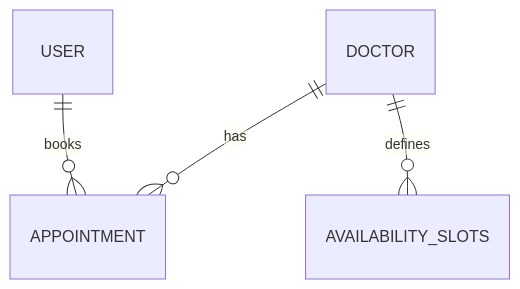
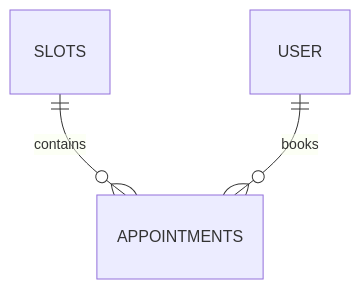
The diagram in docs/DATABASE_SCHEMA.md (abhiyaligar/healthconnect), drawn with Mermaid before and after one commit. The commit also changed other lines of this file and 19 other files, not shown here.

````diff
--- a/docs/DATABASE_SCHEMA.md
+++ b/docs/DATABASE_SCHEMA.md
@@ -36,6 +29,5 @@
 ```mermaid
 erDiagram
-    DOCTOR ||--o{ APPOINTMENT : "has"
-    USER ||--o{ APPOINTMENT : "books"
-    DOCTOR ||--o{ AVAILABILITY_SLOTS : "defines"
+    SLOTS ||--o{ APPOINTMENTS : "contains"
+    USER ||--o{ APPOINTMENTS : "books"
 ```
````
